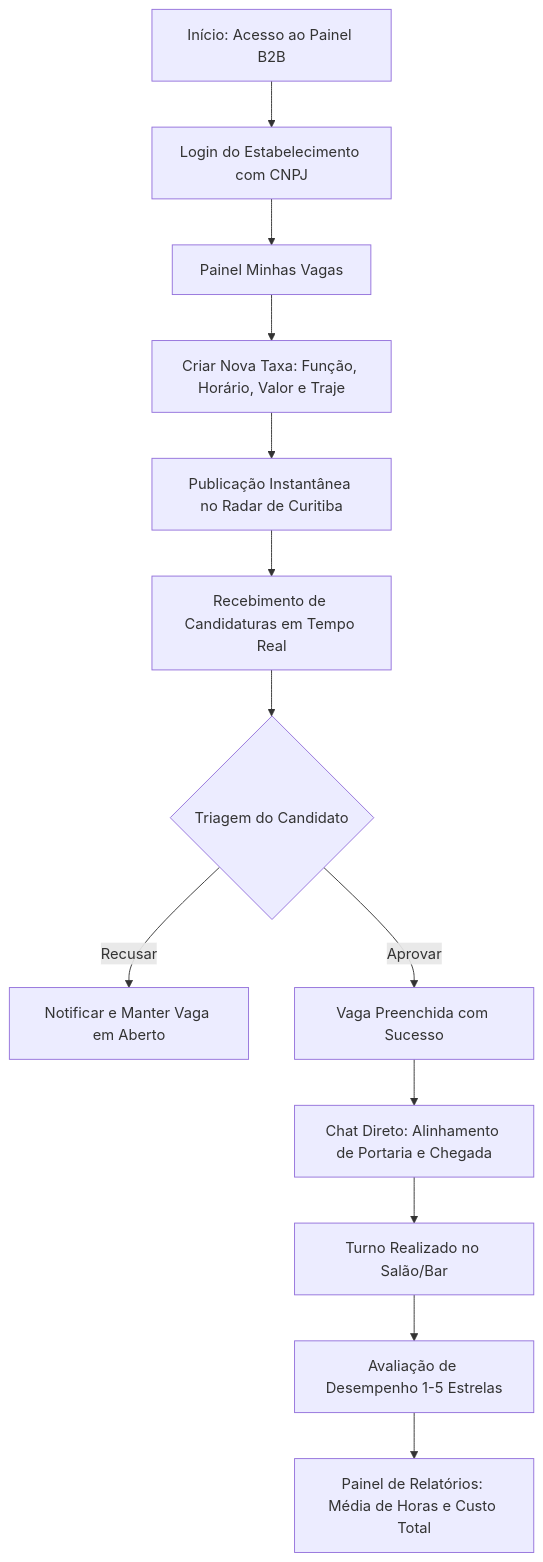
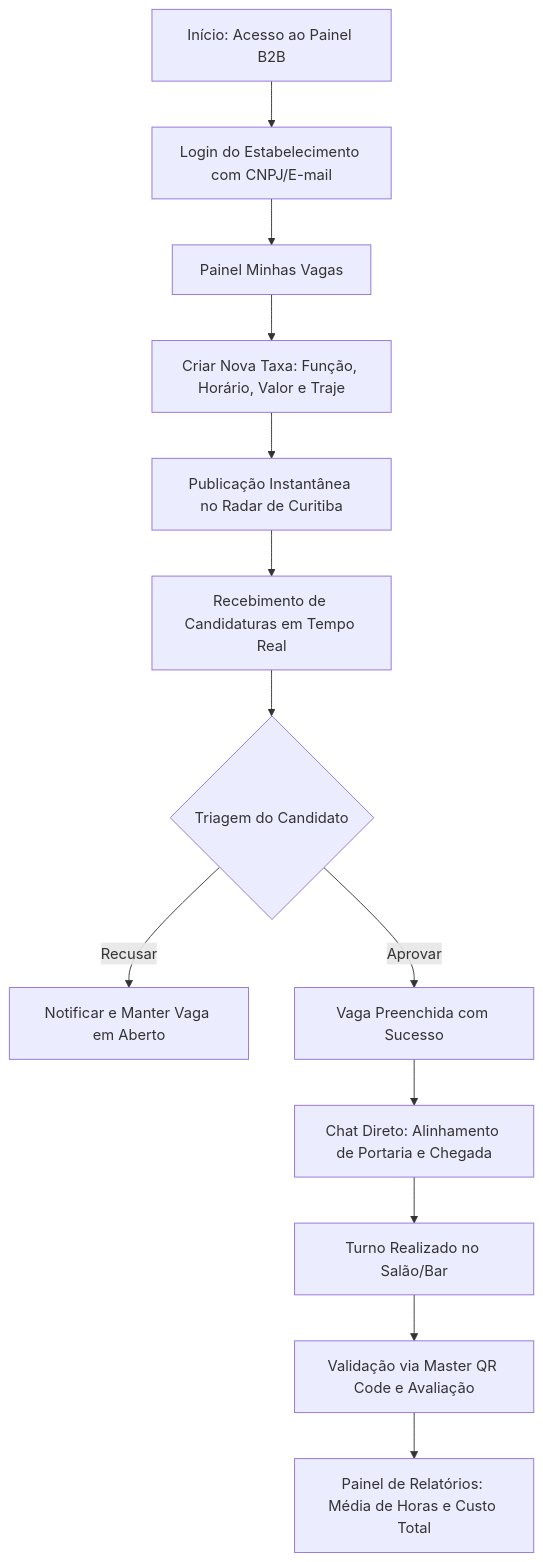
Before and after one commit to RafaelAFujii/TrampoTaxa: the second of 3 diagrams in README.md, drawn with Mermaid. The commit also changed other lines of this file and 52 other files, not shown here.

````diff
--- a/README.md
+++ b/README.md
@@ -64,15 +82,15 @@
 ```mermaid
 graph TD
-    A[Início: Acesso ao Painel B2B] --> B[Login do Estabelecimento com CNPJ]
+    A[Início: Acesso ao Painel B2B] --> B[Login do Estabelecimento com CNPJ/E-mail]
     B --> C[Painel Minhas Vagas]
     C --> D[Criar Nova Taxa: Função, Horário, Valor e Traje]
     D --> E[Publicação Instantânea no Radar de Curitiba]
     E --> F[Recebimento de Candidaturas em Tempo Real]
     F --> G{Triagem do Candidato}
     G -->|Recusar| H[Notificar e Manter Vaga em Aberto]
     G -->|Aprovar| I[Vaga Preenchida com Sucesso]
     I --> J[Chat Direto: Alinhamento de Portaria e Chegada]
     J --> K[Turno Realizado no Salão/Bar]
-    K --> L[Avaliação de Desempenho 1-5 Estrelas]
+    K --> L[Validação via Master QR Code e Avaliação]
     L --> M[Painel de Relatórios: Média de Horas e Custo Total]
 ```
````
